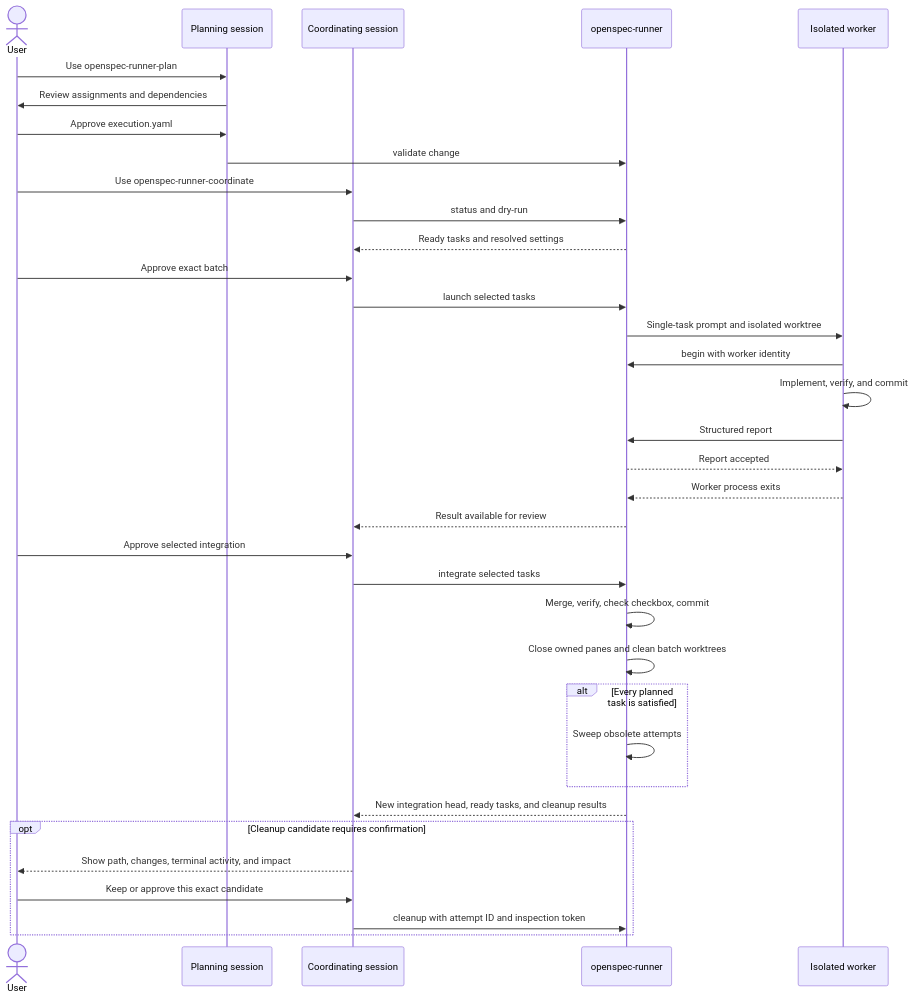
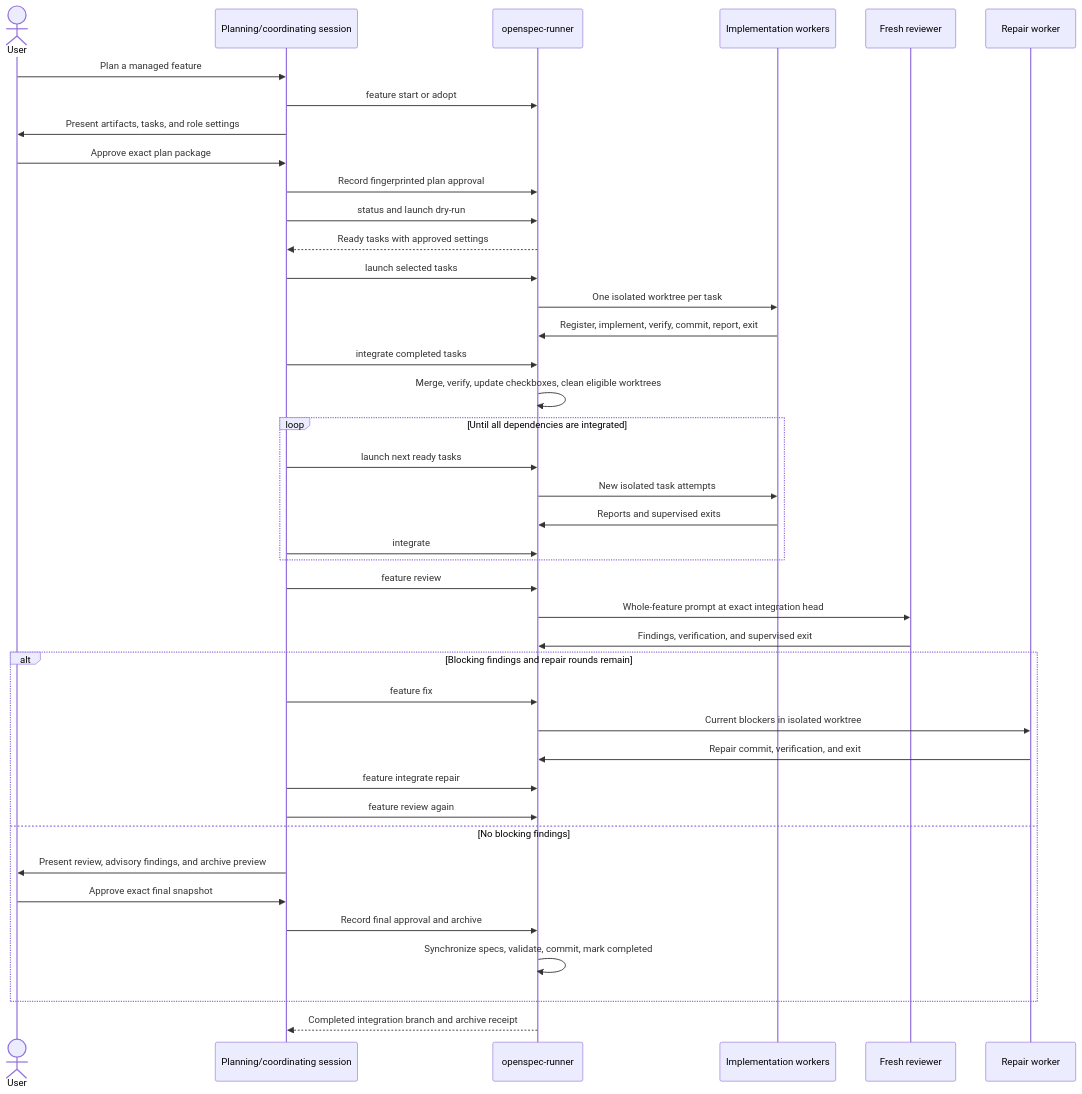
Before and after one commit to vfedoriv/openspec-runner: the fourth of 5 diagrams in README.md, drawn with Mermaid. The commit also changed other lines of this file, not shown here.

````diff
--- a/README.md
+++ b/README.md
@@ -627,38 +712,44 @@
 ```mermaid
 sequenceDiagram
     actor U as User
-    participant P as Planning session
-    participant C as Coordinating session
+    participant C as Planning/coordinating session
     participant R as openspec-runner
-    participant W as Isolated worker
+    participant W as Implementation workers
+    participant V as Fresh reviewer
+    participant F as Repair worker
 
-    U->>P: Use openspec-runner-plan
-    P->>U: Review assignments and dependencies
-    U->>P: Approve execution.yaml
-    P->>R: validate change
-    U->>C: Use openspec-runner-coordinate
-    C->>R: status and dry-run
-    R-->>C: Ready tasks and resolved settings
-    U->>C: Approve exact batch
+    U->>C: Plan a managed feature
+    C->>R: feature start or adopt
+    C->>U: Present artifacts, tasks, and role settings
+    U->>C: Approve exact plan package
+    C->>R: Record fingerprinted plan approval
+    C->>R: status and launch dry-run
+    R-->>C: Ready tasks with approved settings
     C->>R: launch selected tasks
-    R->>W: Single-task prompt and isolated worktree
-    W->>R: begin with worker identity
-    W->>W: Implement, verify, and commit
-    W->>R: Structured report
-    R-->>W: Report accepted
-    W-->>R: Worker process exits
-    R-->>C: Result available for review
-    U->>C: Approve selected integration
-    C->>R: integrate selected tasks
-    R->>R: Merge, verify, check checkbox, commit
-    R->>R: Close owned panes and clean batch worktrees
-    alt Every planned task is satisfied
-        R->>R: Sweep obsolete attempts
+    R->>W: One isolated worktree per task
+    W->>R: Register, implement, verify, commit, report, exit
+    C->>R: integrate completed tasks
+    R->>R: Merge, verify, update checkboxes, clean eligible worktrees
+    loop Until all dependencies are integrated
+        C->>R: launch next ready tasks
+        R->>W: New isolated task attempts
+        W->>R: Reports and supervised exits
+        C->>R: integrate
     end
-    R-->>C: New integration head, ready tasks, and cleanup results
-    opt Cleanup candidate requires confirmation
-        C-->>U: Show path, changes, terminal activity, and impact
-        U->>C: Keep or approve this exact candidate
-        C->>R: cleanup with attempt ID and inspection token
+    C->>R: feature review
+    R->>V: Whole-feature prompt at exact integration head
+    V->>R: Findings, verification, and supervised exit
+    alt Blocking findings and repair rounds remain
+        C->>R: feature fix
+        R->>F: Current blockers in isolated worktree
+        F->>R: Repair commit, verification, and exit
+        C->>R: feature integrate repair
+        C->>R: feature review again
+    else No blocking findings
+        C->>U: Present review, advisory findings, and archive preview
+        U->>C: Approve exact final snapshot
+        C->>R: Record final approval and archive
+        R->>R: Synchronize specs, validate, commit, mark completed
     end
+    R-->>C: Completed integration branch and archive receipt
 ```
````
